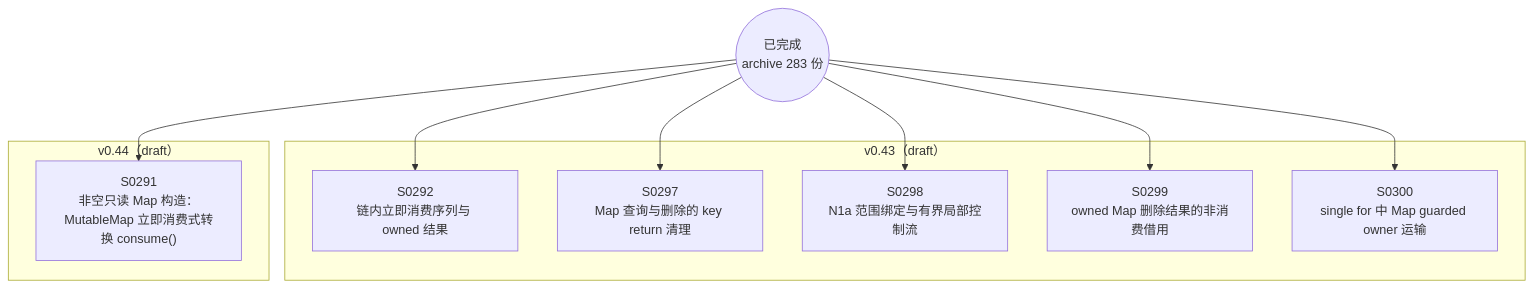
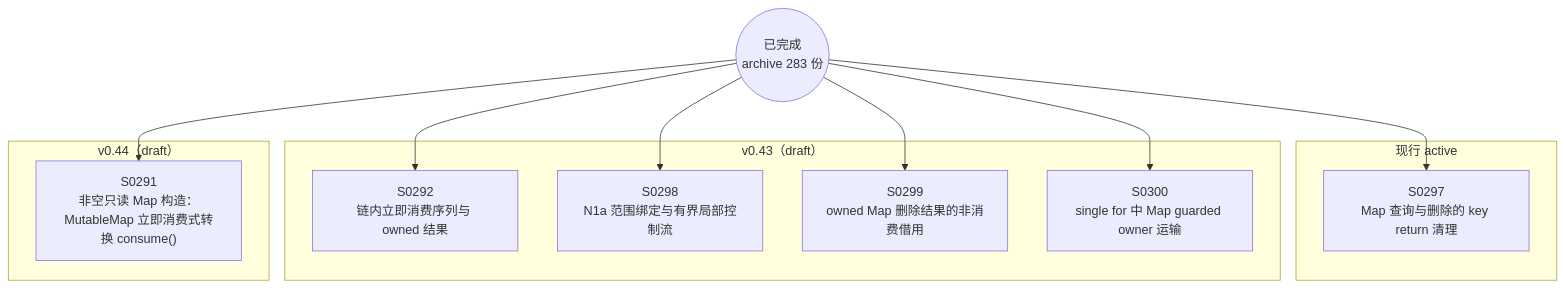
The diagram in docs/specs/dependency-graph.md (Halckon/Koven), drawn with Mermaid before and after one commit. The commit also changed other lines of this file and 9 other files, not shown here.

Commit message:
docs(spec): activate Map key return on current main (SPEC-0297)

````diff
--- a/docs/specs/dependency-graph.md
+++ b/docs/specs/dependency-graph.md
@@ -9,20 +9,22 @@
 ```mermaid
 flowchart TD
 ARCH(("已完成<br/>archive 283 份"))
+subgraph Gactive["现行 active"]
+  S0297["S0297<br/>Map 查询与删除的 key return 清理"]
+end
 subgraph Gdrafts_v043["v0.43（draft）"]
   S0292["S0292<br/>链内立即消费序列与 owned 结果"]
-  S0297["S0297<br/>Map 查询与删除的 key return 清理"]
   S0298["S0298<br/>N1a 范围绑定与有界局部控制流"]
   S0299["S0299<br/>owned Map 删除结果的非消费借用"]
   S0300["S0300<br/>single for 中 Map guarded owner 运输"]
 end
 subgraph Gdrafts_v044["v0.44（draft）"]
   S0291["S0291<br/>非空只读 Map 构造：MutableMap 立即消费式转换 consume()"]
 end
 ARCH --> S0291
 ARCH --> S0292
 ARCH --> S0297
 ARCH --> S0298
 ARCH --> S0299
 ARCH --> S0300
 ```
````
